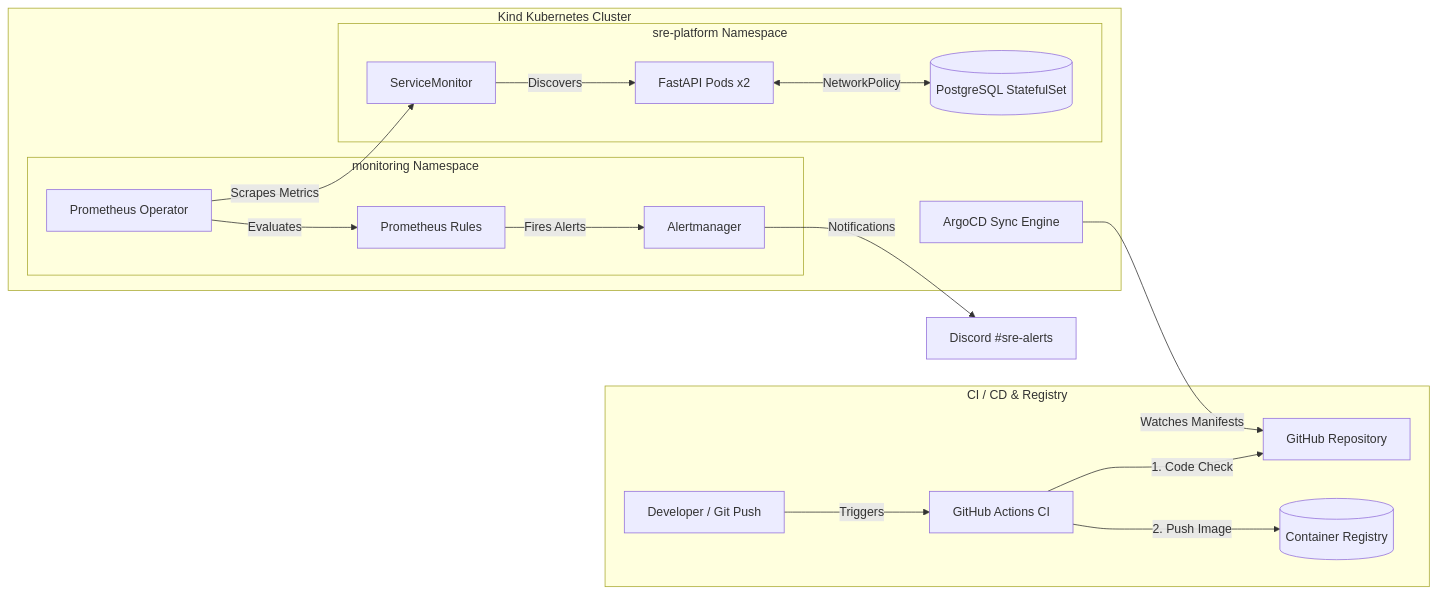
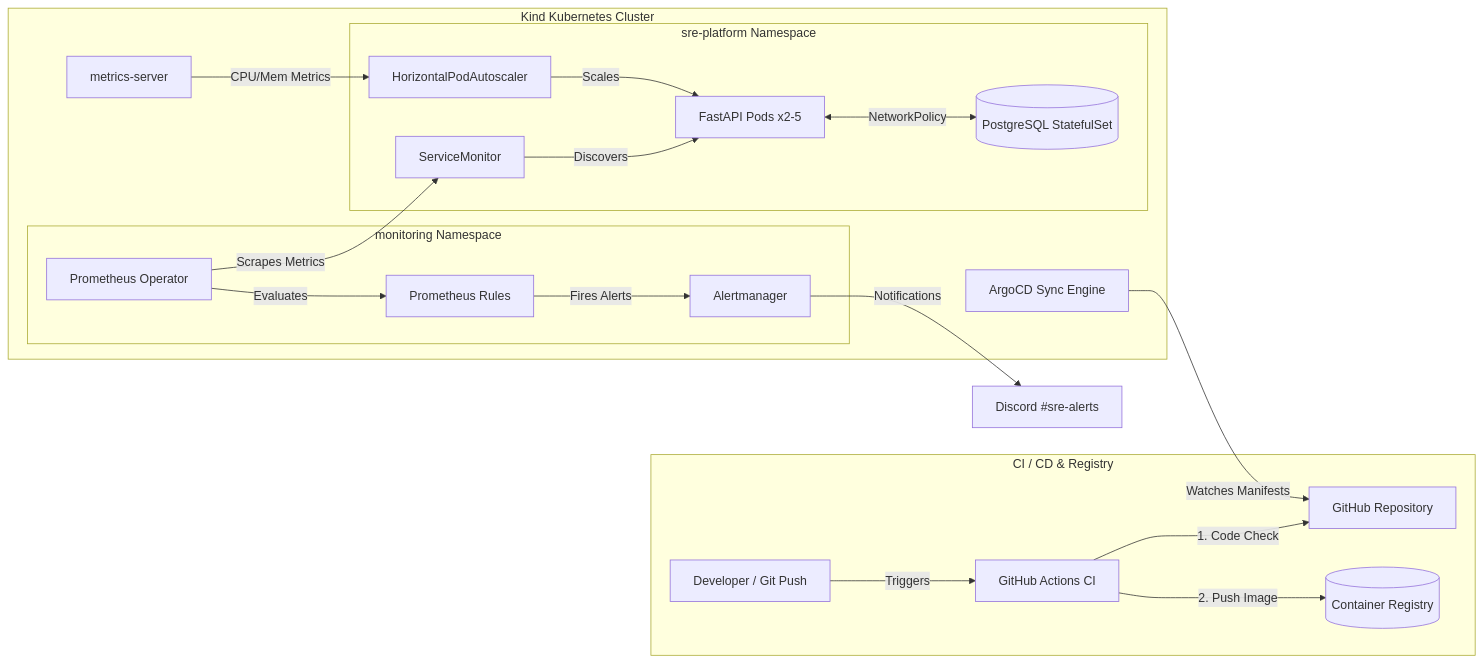
Before and after one commit to Konstantinos820/cloud-native-sre-platform: the diagram in README.md, drawn with Mermaid. The commit also changed other lines of this file, not shown here.

````diff
--- a/README.md
+++ b/README.md
@@ -7,25 +7,28 @@
 ```mermaid
 graph LR
     subgraph CI [CI / CD & Registry]
         Dev[Developer / Git Push] -->|Triggers| GHA[GitHub Actions CI]
         GHA -->|1. Code Check| GitRepo[GitHub Repository]
         GHA -->|2. Push Image| Registry[(Container Registry)]
     end
 
     subgraph Cluster [Kind Kubernetes Cluster]
         ArgoCD[ArgoCD Sync Engine] -->|Watches Manifests| GitRepo
 
         subgraph SRE_NS [sre-platform Namespace]
-            FastAPI[FastAPI Pods x2] <-->|NetworkPolicy| Postgres[(PostgreSQL StatefulSet)]
+            FastAPI[FastAPI Pods x2-5] <-->|NetworkPolicy| Postgres[(PostgreSQL StatefulSet)]
             ServiceMonitor[ServiceMonitor] -->|Discovers| FastAPI
+            HPA[HorizontalPodAutoscaler] -->|Scales| FastAPI
         end
+
+        MetricsServer[metrics-server] -->|CPU/Mem Metrics| HPA
 
         subgraph Mon_NS [monitoring Namespace]
             Prometheus[Prometheus Operator] -->|Scrapes Metrics| ServiceMonitor
             Prometheus -->|Evaluates| Rules[Prometheus Rules]
             Rules -->|Fires Alerts| Alertmanager[Alertmanager]
         end
     end
 
     Alertmanager -->|Notifications| Discord[Discord #sre-alerts]
 ```
````
